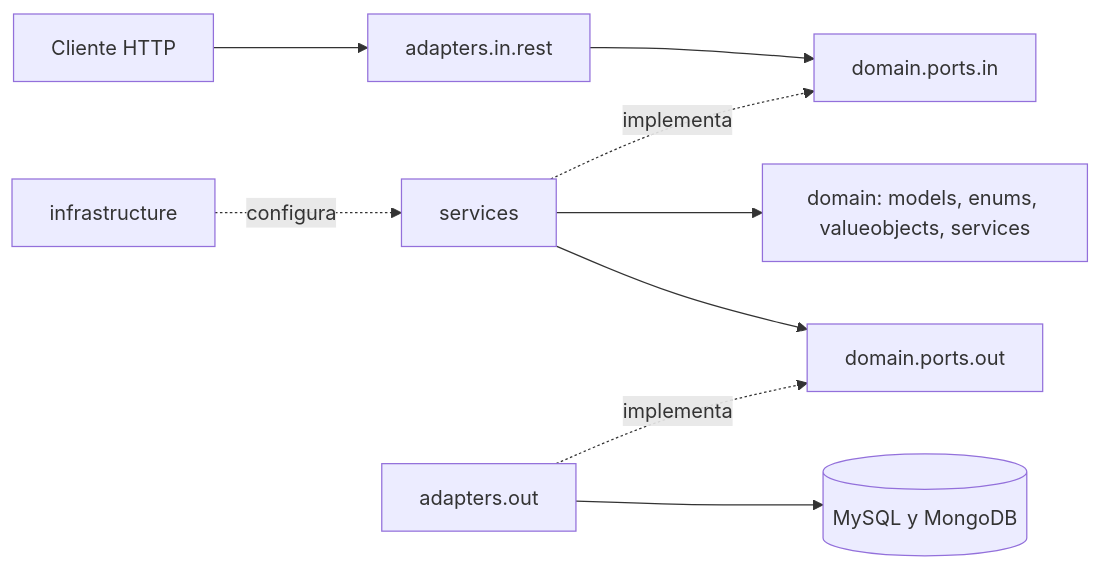
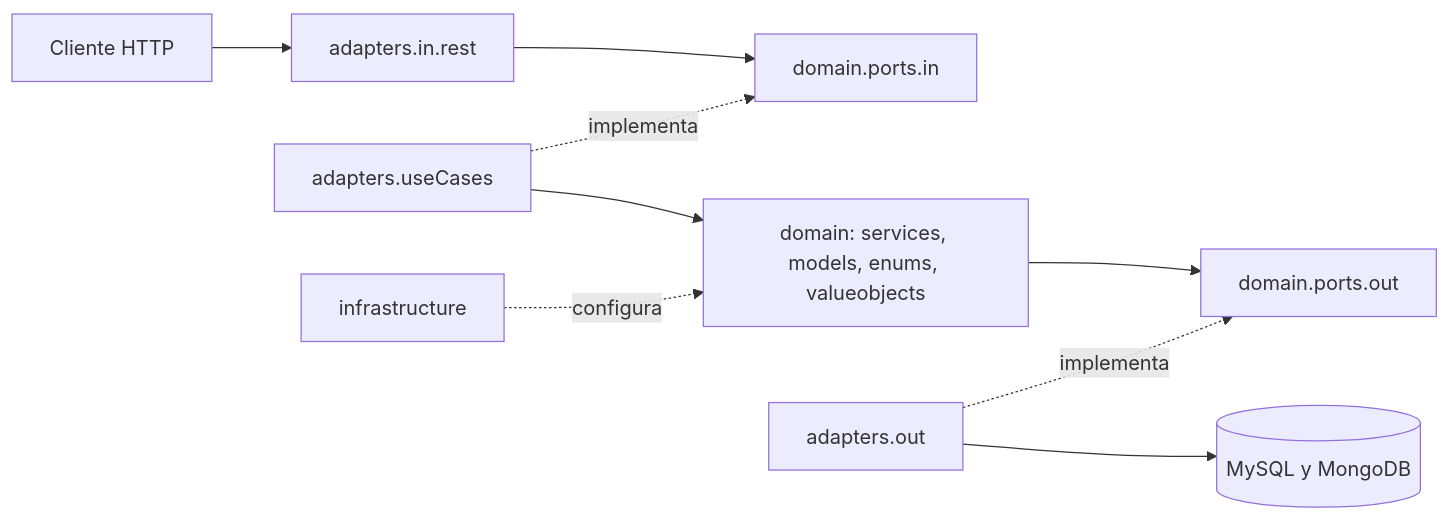
One commit to nahieladiva/nexusmarket..... changed the diagram in SDD/Software Architecture/Software Architecture.md. Above: the diagram before and after it, drawn with Mermaid. The commit also changed other lines of this file and 22 other files, not shown here.

````diff
--- a/SDD/Software Architecture/Software Architecture.md
+++ b/SDD/Software Architecture/Software Architecture.md
@@ -40,11 +40,11 @@
 ```mermaid
 flowchart LR
     Client[Cliente HTTP] --> In[adapters.in.rest]
     In --> PortsIn[domain.ports.in]
-    Services[services] -. implementa .-> PortsIn
-    Services --> Domain[domain: models, enums, valueobjects, services]
-    Services --> PortsOut[domain.ports.out]
+    UseCases[adapters.useCases] -. implementa .-> PortsIn
+    UseCases --> Domain[domain: services, models, enums, valueobjects]
+    Domain --> PortsOut[domain.ports.out]
     Out[adapters.out] -. implementa .-> PortsOut
     Out --> Db[(MySQL y MongoDB)]
-    Infra[infrastructure] -. configura .-> Services
+    Infra[infrastructure] -. configura .-> Domain
 ```
````
